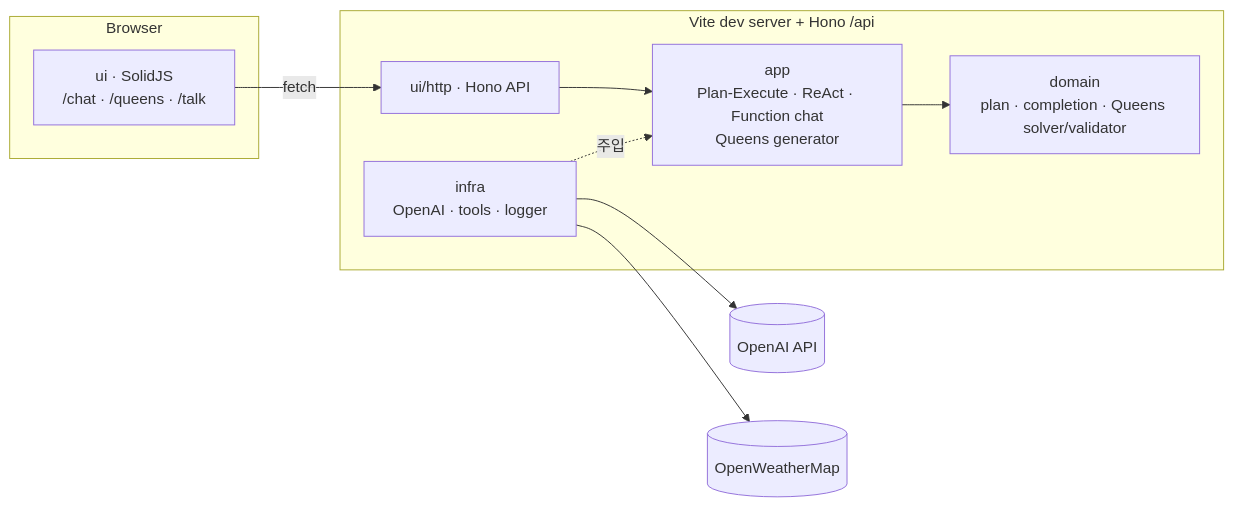
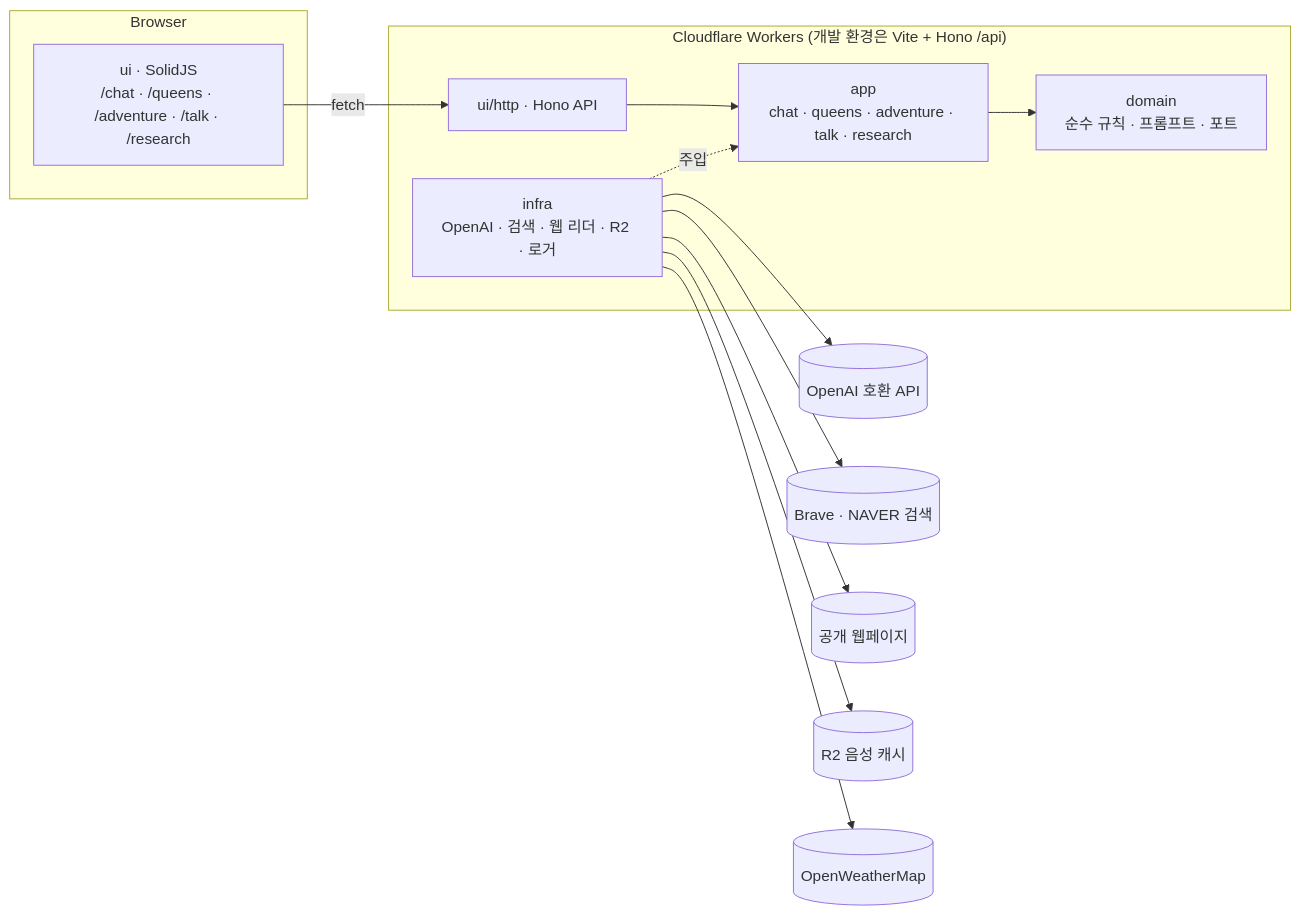
Before and after one commit to qus0in-factory/ai-ps: the diagram in README.md, drawn with Mermaid. The commit also changed other lines of this file and 8 other files, not shown here.

````diff
--- a/README.md
+++ b/README.md
@@ -18,16 +29,19 @@
 ```mermaid
 flowchart LR
   subgraph Browser
-    UI["ui · SolidJS<br/>/chat · /queens · /talk"]
+    UI["ui · SolidJS<br/>/chat · /queens · /adventure · /talk · /research"]
   end
-  subgraph Server["Vite dev server + Hono /api"]
+  subgraph Server["Cloudflare Workers (개발 환경은 Vite + Hono /api)"]
     API["ui/http · Hono API"]
-    APP["app<br/>Plan-Execute · ReAct · Function chat<br/>Queens generator"]
-    DOMAIN["domain<br/>plan · completion · Queens solver/validator"]
-    INFRA["infra<br/>OpenAI · tools · logger"]
+    APP["app<br/>chat · queens · adventure · talk · research"]
+    DOMAIN["domain<br/>순수 규칙 · 프롬프트 · 포트"]
+    INFRA["infra<br/>OpenAI · 검색 · 웹 리더 · R2 · 로거"]
   end
   UI -->|fetch| API --> APP --> DOMAIN
   INFRA -. 주입 .-> APP
-  INFRA --> OpenAI[(OpenAI API)]
+  INFRA --> OpenAI[(OpenAI 호환 API)]
+  INFRA --> Search[(Brave · NAVER 검색)]
+  INFRA --> Web[(공개 웹페이지)]
+  INFRA --> R2[(R2 음성 캐시)]
   INFRA --> OWM[(OpenWeatherMap)]
 ```
````
